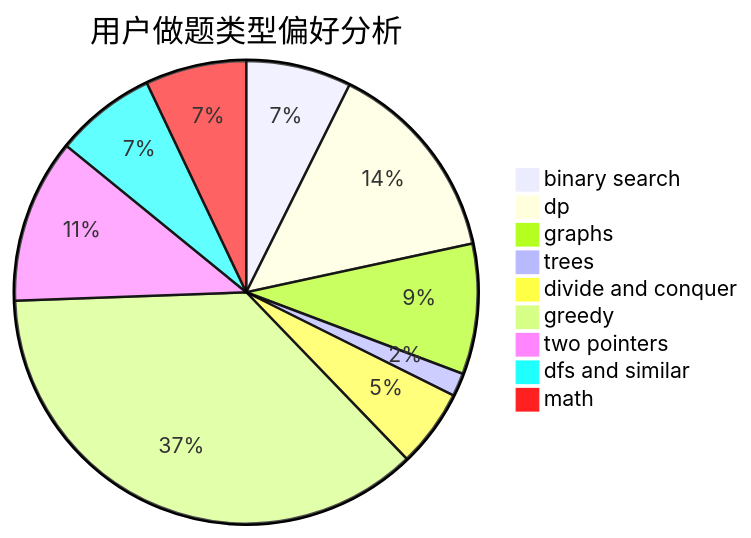
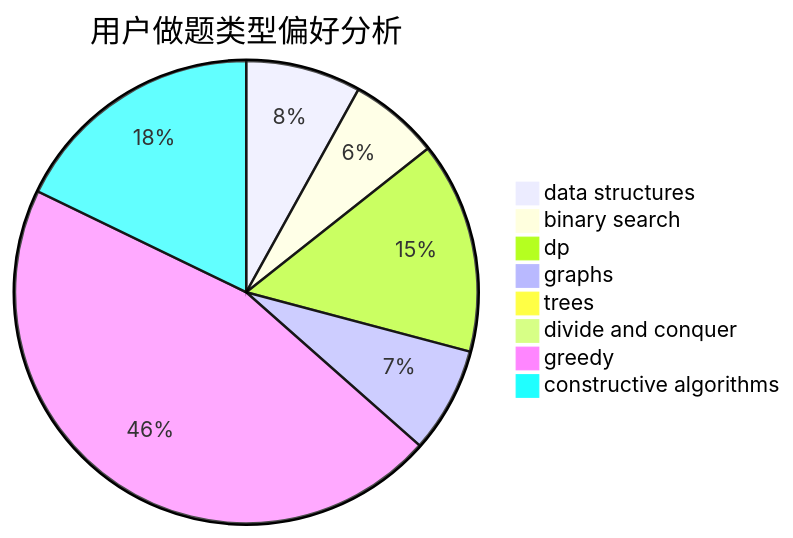
One commit to sherpahu/cfrs.github.io changed the second of 3 diagrams in docs/user/u729.md. Above: the diagram before and after it, drawn with Mermaid. The commit also changed other lines of this file and 2775 other files, not shown here.

````diff
--- a/docs/user/u729.md
+++ b/docs/user/u729.md
@@ -23,12 +23,11 @@
 ```mermaid
 pie title 用户做题类型偏好分析
-    "binary search" :  50
-    "dp" :  97
-    "graphs" :  62
-    "trees" :  11
-    "divide and conquer" :  37
-    "greedy" :  249
-    "two pointers" :  78
-    "dfs and similar" :  48
-    "math" :  48
+    "data structures" :  37
+    "binary search" :  29
+    "dp" :  68
+    "graphs" :  34
+    "trees" :  0
+    "divide and conquer" :  0
+    "greedy" :  210
+    "constructive algorithms" :  82
 ```
````
